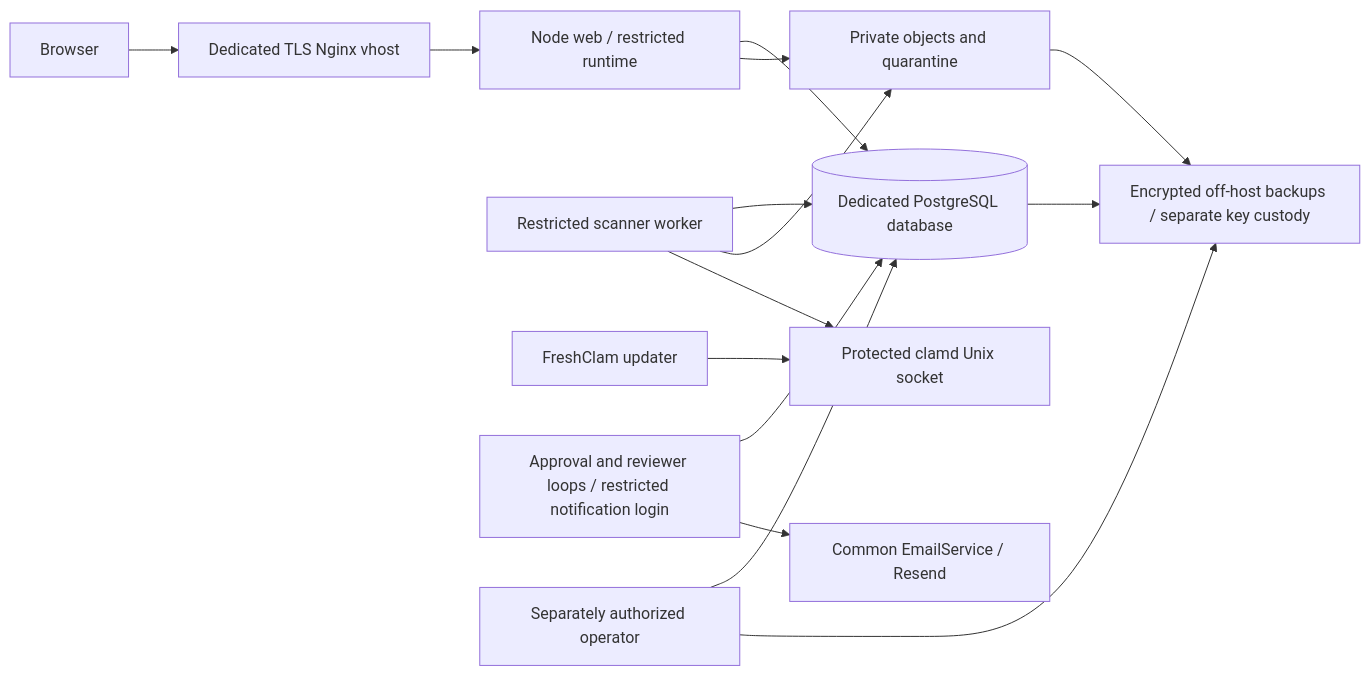
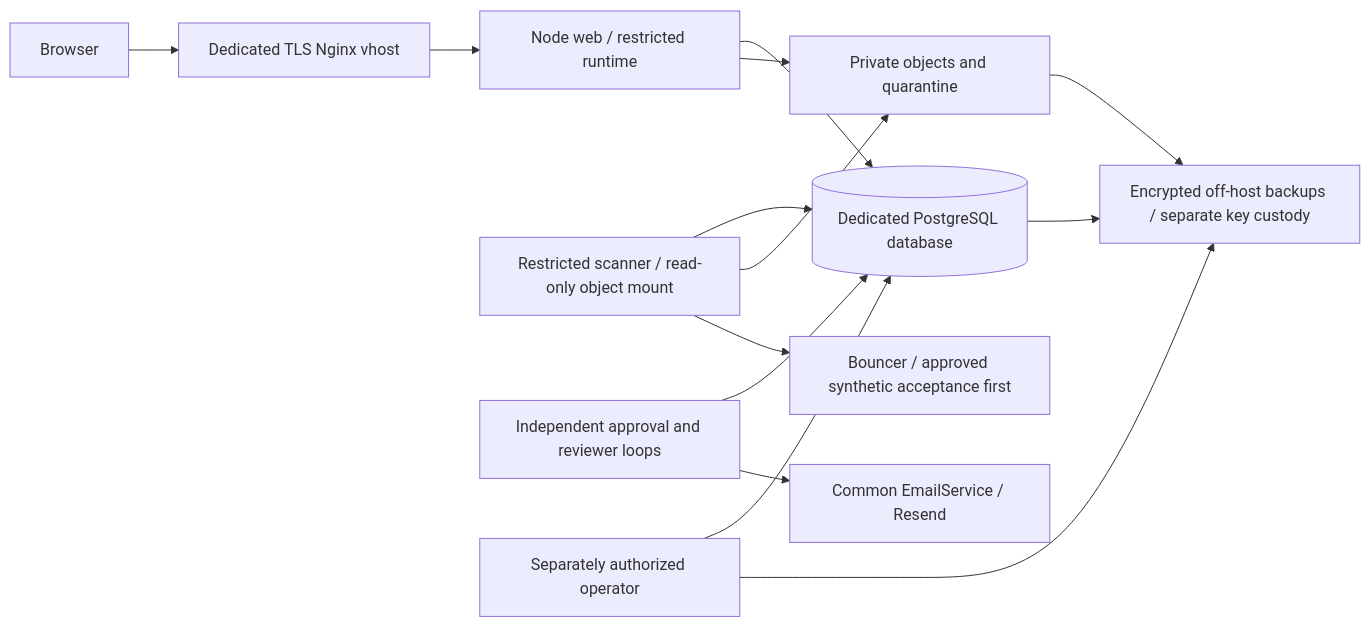
The diagram in docs/production-architecture.md (francisthore/cape-clergy-vault), drawn with Mermaid before and after one commit. The commit also changed other lines of this file and 96 other files, not shown here.

````diff
--- a/docs/production-architecture.md
+++ b/docs/production-architecture.md
@@ -24,17 +24,16 @@
 ```mermaid
 flowchart LR
   C[Browser] --> N[Dedicated TLS Nginx vhost]
   N --> W[Node web / restricted runtime]
   W --> P[(Dedicated PostgreSQL database)]
   W --> F[Private objects and quarantine]
-  S[Restricted scanner worker] --> P
+  S[Restricted scanner / read-only object mount] --> P
   S --> F
-  S --> A[Protected clamd Unix socket]
-  U[FreshClam updater] --> A
-  E[Approval and reviewer loops / restricted notification login] --> P
+  S --> A[Bouncer / approved synthetic acceptance first]
+  E[Independent approval and reviewer loops] --> P
   E --> M[Common EmailService / Resend]
   O[Separately authorized operator] --> P
   O --> B[Encrypted off-host backups / separate key custody]
   F --> B
   P --> B
 ```
````
